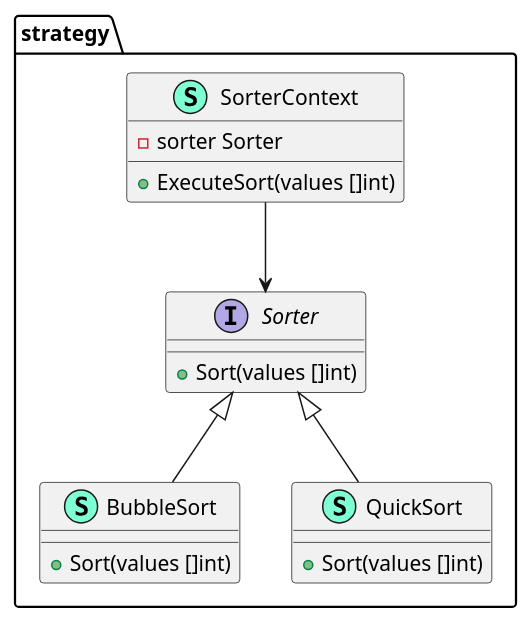
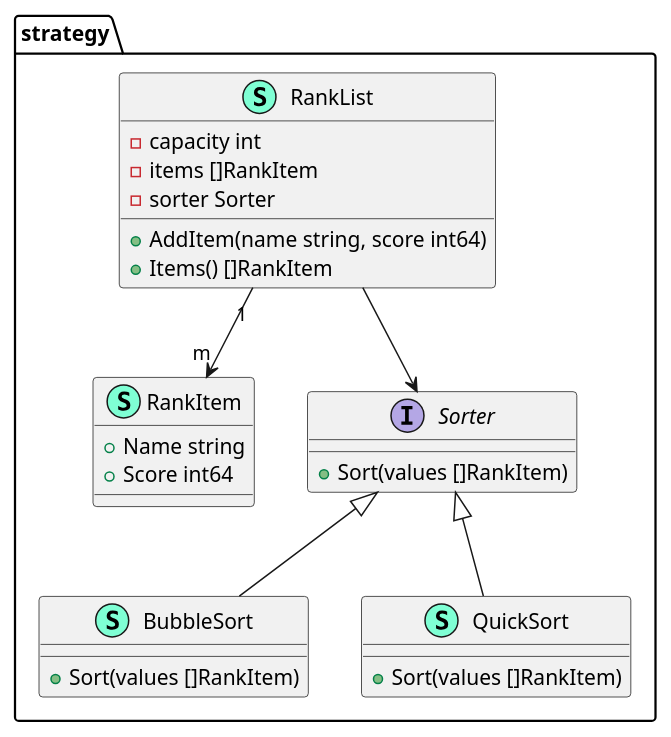
One commit to hitzhangjie/go-patterns changed the diagram in behavioral/9_strategy/file.puml. Above: the diagram before and after it, drawn with PlantUML. The commit also changed 3 other files, not shown here.

```diff
--- a/behavioral/9_strategy/file.puml
+++ b/behavioral/9_strategy/file.puml
@@ -1,28 +1,36 @@
 @startuml
 namespace strategy {
     class BubbleSort << (S,Aquamarine) >> {
-        + Sort(values []int) 
+        + Sort(values []RankItem) 
 
     }
     class QuickSort << (S,Aquamarine) >> {
-        + Sort(values []int) 
+        + Sort(values []RankItem) 
+
+    }
+    class RankItem << (S,Aquamarine) >> {
+        + Name string
+        + Score int64
+
+    }
+    class RankList << (S,Aquamarine) >> {
+        - capacity int
+        - items []RankItem
+        - sorter Sorter
+
+        + AddItem(name string, score int64) 
+        + Items() []RankItem
 
     }
     interface Sorter  {
-        + Sort(values []int) 
-
-    }
-    class SorterContext << (S,Aquamarine) >> {
-        - sorter Sorter
-
-        + ExecuteSort(values []int) 
+        + Sort(values []RankItem) 
 
     }
 }
 
-"strategy.SorterContext" --> "strategy.Sorter"
-
 "strategy.Sorter" <|-- "strategy.BubbleSort"
 "strategy.Sorter" <|-- "strategy.QuickSort"
+"strategy.RankList" "1" --> "m" "strategy.RankItem"
+"strategy.RankList" --> "strategy.Sorter"
 
 @enduml
```
